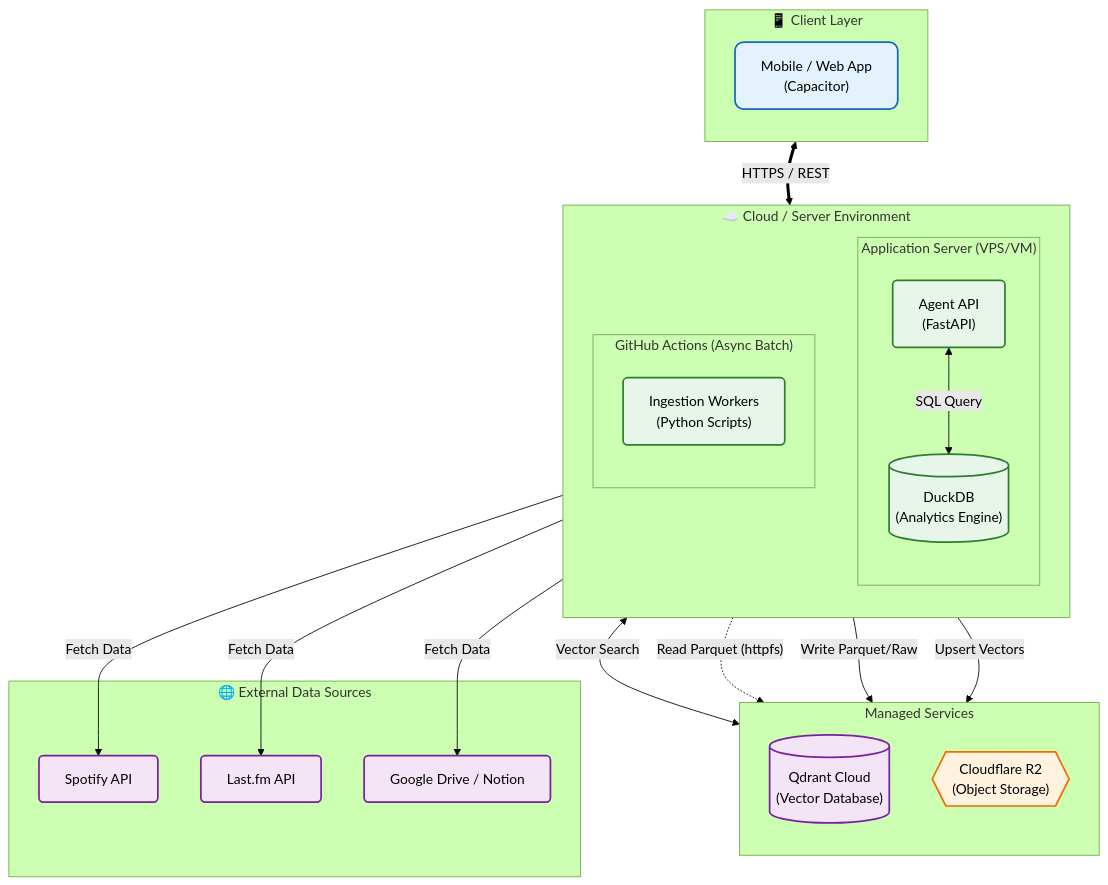
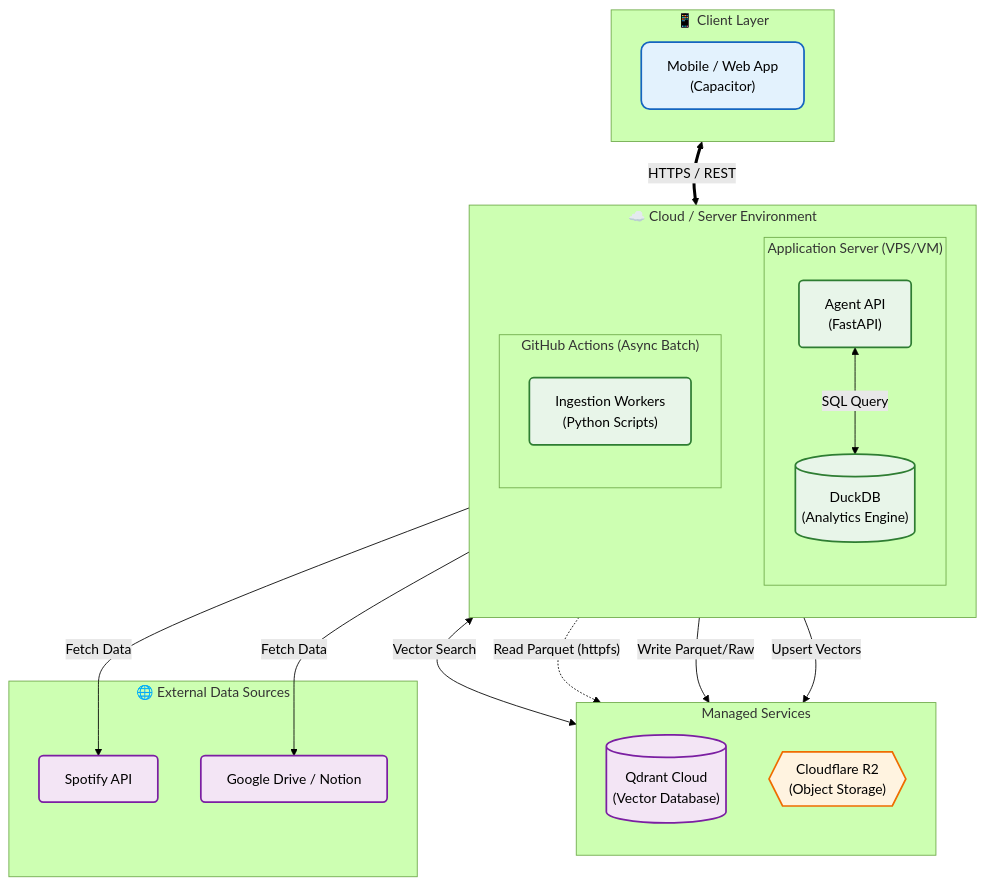
The diagram in docs/10.architecture/1000_architecture_overview.md (endo-ava/ego-graph), drawn with Mermaid (forest theme) before and after one commit. The commit also changed other lines of this file and 7 other files, not shown here.

````diff
--- a/docs/10.architecture/1000_architecture_overview.md
+++ b/docs/10.architecture/1000_architecture_overview.md
@@ -7,60 +7,58 @@
 ```mermaid
 flowchart TB
     %% Styles
     classDef client fill:#e3f2fd,stroke:#1565c0,stroke-width:2px,color:black,rx:10,ry:10;
     classDef server fill:#e8f5e9,stroke:#2e7d32,stroke-width:2px,color:black,rx:5,ry:5;
     classDef storage fill:#fff3e0,stroke:#ef6c00,stroke-width:2px,color:black,shape:cyl;
     classDef external fill:#f3e5f5,stroke:#7b1fa2,stroke-width:2px,color:black,rx:5,ry:5;
     classDef process fill:#fff,stroke:#666,stroke-width:1px,stroke-dasharray: 5 5,color:#666;
 
     subgraph ClientLayer ["📱 Client Layer"]
         direction TB
         MobileApp["Mobile / Web App\n(Capacitor)"]:::client
     end
 
     subgraph CloudEnv ["☁️ Cloud / Server Environment"]
         direction TB
         
         subgraph AppLayer ["Application Server (VPS/VM)"]
             direction TB
             AgentAPI["Agent API\n(FastAPI)"]:::server
             DuckDB[("DuckDB\n(Analytics Engine)")]:::server
         end
 
         subgraph IngestionLayer ["GitHub Actions (Async Batch)"]
             direction TB
             GHA["Ingestion Workers\n(Python Scripts)"]:::server
         end
     end
 
     subgraph ManagedServices ["Managed Services"]
         direction TB
         Qdrant[("Qdrant Cloud\n(Vector Database)")]:::external
         R2{{"Cloudflare R2\n(Object Storage)"}}:::storage
     end
 
     subgraph DataSources ["🌐 External Data Sources"]
         Spotify["Spotify API"]:::external
-        LastFm["Last.fm API"]:::external
         Docs["Google Drive / Notion"]:::external
     end
 
     %% Connectivity
     MobileApp <==>|"HTTPS / REST"| AgentAPI
     
     AgentAPI <-->|"SQL Query"| DuckDB
     AgentAPI <-->|"Vector Search"| Qdrant
     
     DuckDB -.->|"Read Parquet (httpfs)"| R2
     
     GHA -->|"Fetch Data"| Spotify
-    GHA -->|"Fetch Data"| LastFm
     GHA -->|"Fetch Data"| Docs
     GHA -->|"Write Parquet/Raw"| R2
     GHA -->|"Upsert Vectors"| Qdrant
     
     %% Layout Positioning
     MobileApp ~~~ AgentAPI
     AgentAPI ~~~ Qdrant
     GHA ~~~ R2
 ```
````
